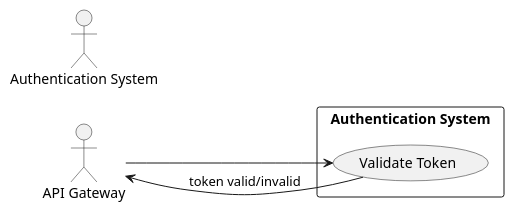
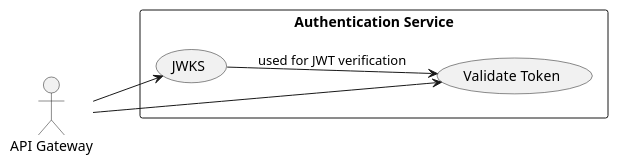
Before and after one commit to Bimmi-kumari-singh/Agent-testing: the seventh of 7 diagrams in .propel/context/docs/spec.md, drawn with PlantUML. The commit also changed other lines of this file, not shown here.

````diff
--- a/.propel/context/docs/spec.md
+++ b/.propel/context/docs/spec.md
@@ -474,16 +413,15 @@
 ```plantuml
 @startuml
 left to right direction
 skinparam packageStyle rectangle
 
-actor "API Gateway" as API
-actor "Authentication System" as Auth
-
-rectangle "Authentication System" {
+actor "API Gateway" as Gateway
+rectangle "Authentication Service" {
   usecase (Validate Token) as UC7
+  usecase (JWKS) as UC7b
 }
-
-API --> UC7
-UC7 --> API : token valid/invalid
+Gateway --> UC7
+Gateway --> UC7b
+UC7b --> UC7 : used for JWT verification
 @enduml
 ```
````
